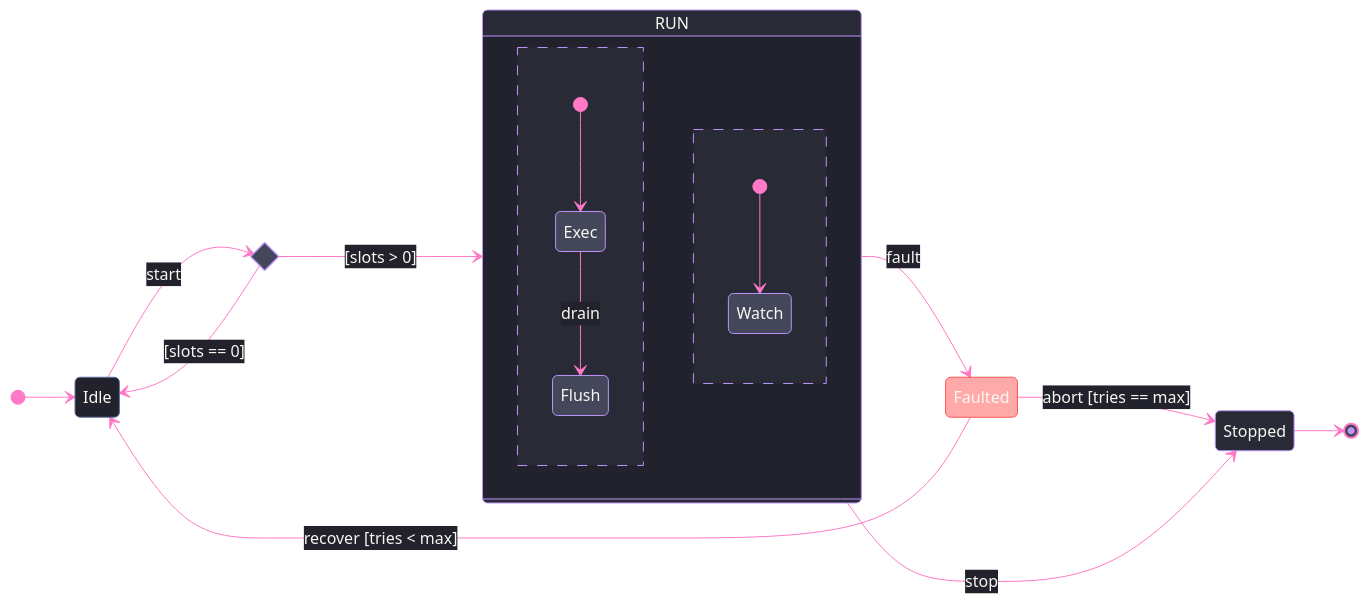
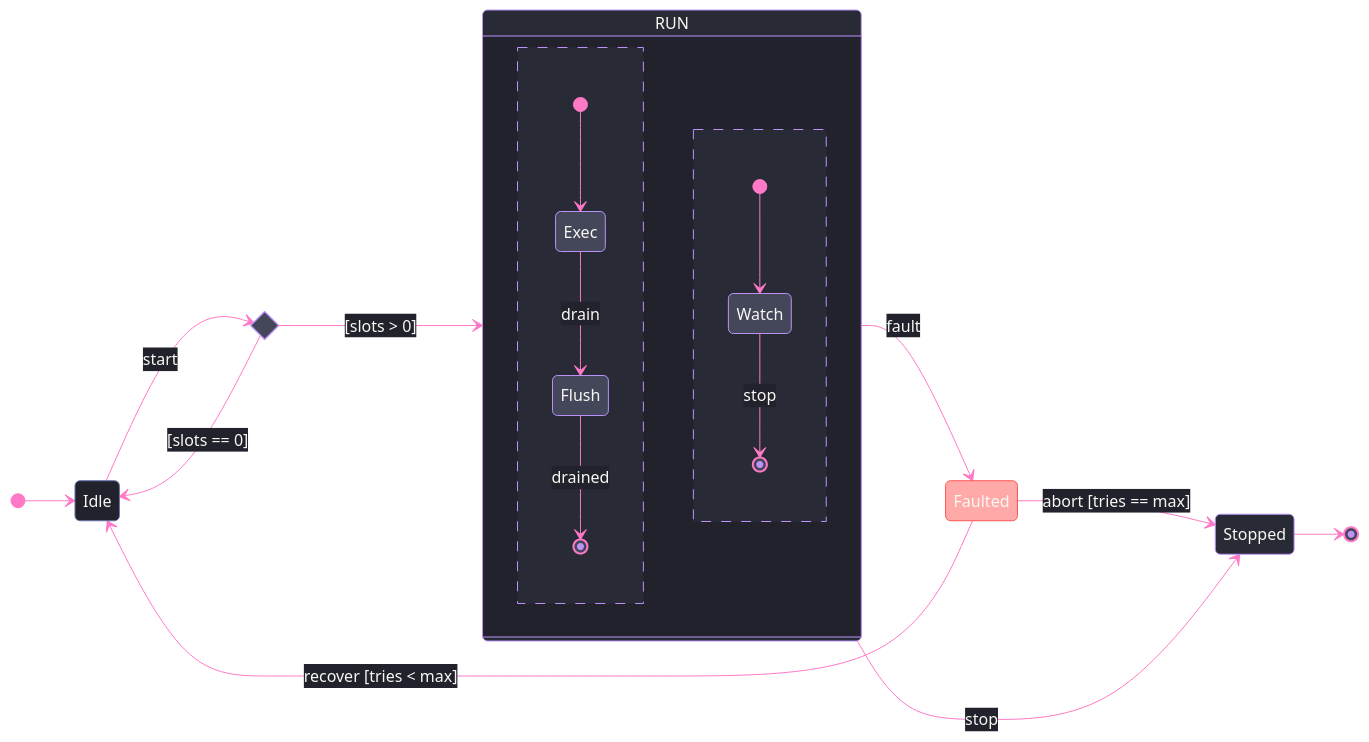
The third of 5 diagrams in .claude/skills/mermaid-diagramming/references/syntax-core.md (bsamiee/Rasm), drawn with Mermaid before and after one commit. The commit also changed other lines of this file and 26 other files, not shown here.

First line of the commit message:
skill: mermaid-diagramming full-estate rebuild — 26-attacker adversarial audit, 11.16 alignment, hardened gates

````diff
--- a/.claude/skills/mermaid-diagramming/references/syntax-core.md
+++ b/.claude/skills/mermaid-diagramming/references/syntax-core.md
@@ -160,57 +160,59 @@
 ```mermaid
 ---
 config:
   theme: base
   look: classic
   themeVariables:
     darkMode: true
     fontFamily: "SF Mono, Menlo, Cascadia Mono, Segoe UI Mono, Consolas, monospace"
     useGradient: false
     dropShadow: "none"
     background: "#282A36"
     primaryColor: "#44475A"
     primaryTextColor: "#F8F8F2"
     primaryBorderColor: "#BD93F9"
     mainBkg: "#44475A"
     nodeBorder: "#BD93F9"
     lineColor: "#FF79C6"
     textColor: "#F8F8F2"
     titleColor: "#D6BCFA"
     clusterBkg: "#21222C"
     clusterBorder: "#D6BCFA"
     compositeBackground: "#21222C"
     compositeTitleBackground: "#282A36"
     compositeBorder: "#D6BCFA"
     altBackground: "#282A36"
     edgeLabelBackground: "#21222C"
     labelBackgroundColor: "#21222C"
   themeCSS: ".nodeLabel{font-size:13px;font-weight:500}.edgeLabel{font-size:12px;font-weight:500}.cluster-label .nodeLabel{font-size:13.5px;font-weight:700;letter-spacing:.08em;color:#D6BCFA}.transition{stroke-width:2px}.note-edge{stroke-width:1.5px}.node rect,.node circle,.node path,.node .outer-path{stroke-width:1.5px;filter:none!important}.statediagram-cluster rect.outer{stroke:#D6BCFA;stroke-width:1px!important;stroke-dasharray:5 4}.statediagram-state rect.divider{stroke:#D6BCFA;stroke-width:1px;stroke-dasharray:5 4;fill:#282A36}[id*='barbEnd'] path{fill:#FF79C6;stroke:#FF79C6;transform:scale(.4);transform-origin:14px 7px}.state-start{r:3.4px;fill:#FF79C6;stroke:#FF79C6}.node[id*='_end'] .outer-path{transform-box:fill-box;transform-origin:center;transform:scale(.48)}.edgeLabel rect{transform-box:fill-box;transform-origin:center;transform:scale(1.1,1.2)}"
 ---
 stateDiagram-v2
     accTitle: Composite state demo
     accDescr: A ready worker routed through a choice into a composite running state with concurrent exec and watch regions, a bounded fault recovery loop, and one terminal.
     direction LR
     [*] --> Idle
     state Pick <<choice>>
     Idle --> Pick: start
     Pick --> Run: [slots > 0]
     Pick --> Idle: [slots == 0]
     state "RUN" as Run {
       direction TB
       [*] --> Exec
       Exec --> Flush: drain
+      Flush --> [*]: drained
       --
       [*] --> Watch
+      Watch --> [*]: stop
     }
     Run --> Faulted: fault
     Faulted --> Idle: recover [tries < max]
     Faulted --> Stopped: abort [tries == max]
     Run --> Stopped: stop
     Stopped --> [*]
     classDef recessed fill:#21222C,stroke:#6272A4,color:#F8F8F2
     classDef error fill:#FF555580,stroke:#FF5555,color:#F8F8F2
     classDef boundary fill:#282A36,stroke:#BD93F9,color:#F8F8F2
     class Idle recessed
     class Faulted error
     class Stopped boundary
 ```
````
